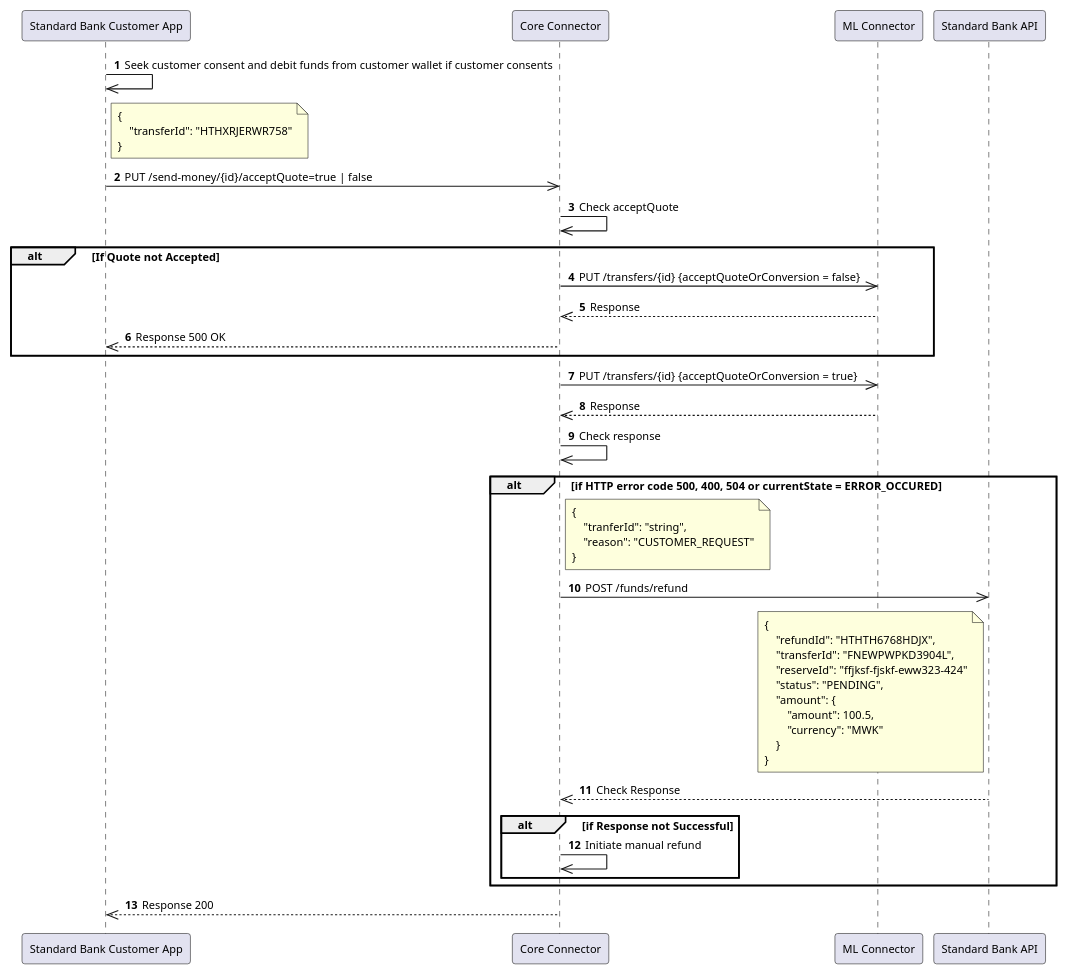
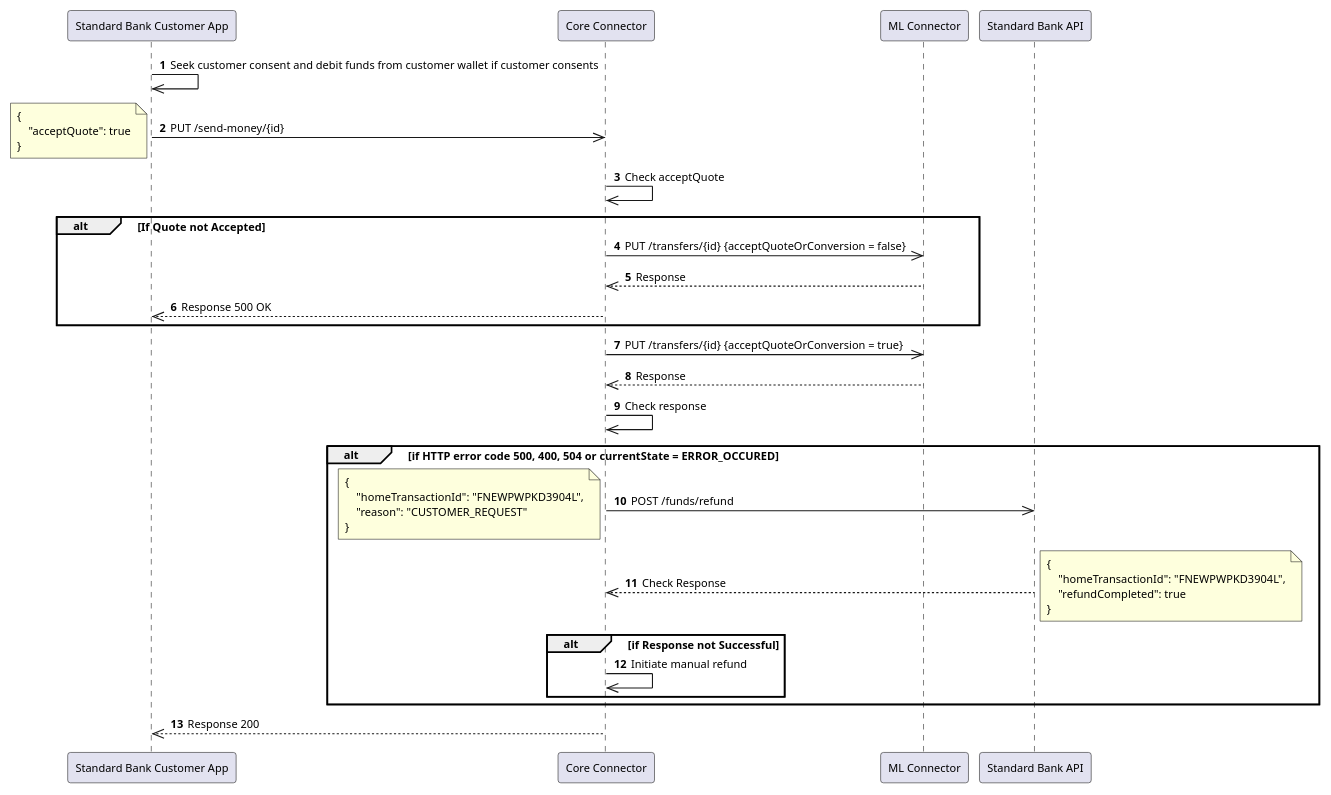
One commit to mojaloop/ml-reference-connectors changed the diagram in standard-bank-mw-core-connector/docs/payer/dfsp-initiating-debit-of-funds.puml. Above: the diagram before and after it, drawn with PlantUML. The commit also changed 16 other files, not shown here.

Commit message:
fix: Resolved redesigned sequences diagrams and resolved  inconsistencies between Standard Bank API and payloads in sequence diagrams

```diff
--- a/standard-bank-mw-core-connector/docs/payer/dfsp-initiating-debit-of-funds.puml
+++ b/standard-bank-mw-core-connector/docs/payer/dfsp-initiating-debit-of-funds.puml
@@ -1,63 +1,57 @@
 @startuml name="handle-quote-acceptance"
 
 skinparam defaultFontSize 10
 autonumber
 
 participant "Standard Bank Customer App" as App
 participant "Core Connector" as Core
 participant "ML Connector" as ML
 participant "Standard Bank API" as BankAPI
 
 App ->> App: Seek customer consent and debit funds from customer wallet if customer consents
 
-note right of App
+App ->> Core: PUT /send-money/{id}
+note left
 {
-    "transferId": "HTHXRJERWR758"
+    "acceptQuote": true
 }
 end note
-App ->> Core: PUT /send-money/{id}/acceptQuote=true | false
 
 Core ->> Core: Check acceptQuote
 
 alt If Quote not Accepted
     Core ->> ML: PUT /transfers/{id} {acceptQuoteOrConversion = false}
     ML -->> Core: Response
     Core -->> App: Response 500 OK
 end
 
 Core ->> ML: PUT /transfers/{id} {acceptQuoteOrConversion = true}
 ML -->> Core: Response
 
 Core ->> Core: Check response
 
 alt if HTTP error code 500, 400, 504 or currentState = ERROR_OCCURED
-    note right of Core
+    Core ->> BankAPI: POST /funds/refund
+    note left
     {
-        "tranferId": "string",
+        "homeTransactionId": "FNEWPWPKD3904L",
         "reason": "CUSTOMER_REQUEST"
     }
     end note
-    Core ->> BankAPI: POST /funds/refund
 
-    note left of BankAPI
+    BankAPI -->> Core: Check Response
+    note right
     {
-        "refundId": "HTHTH6768HDJX",
-        "transferId": "FNEWPWPKD3904L",
-        "reserveId": "ffjksf-fjskf-eww323-424"
-        "status": "PENDING",
-        "amount": {
-            "amount": 100.5,
-            "currency": "MWK"
-        }
+        "homeTransactionId": "FNEWPWPKD3904L",
+        "refundCompleted": true
     }
     end note
-    BankAPI -->> Core: Check Response
 
     alt if Response not Successful
         Core ->> Core: Initiate manual refund
     end
 end
 
 Core -->> App: Response 200
 
 @enduml
```
